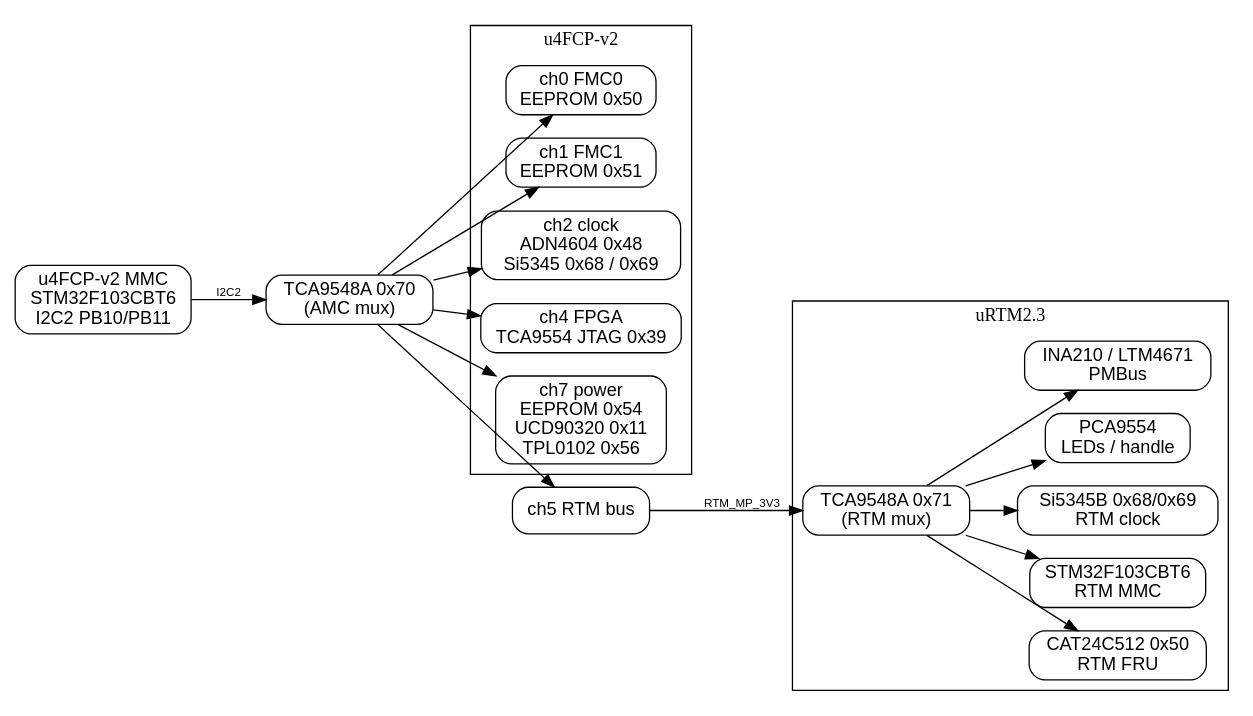
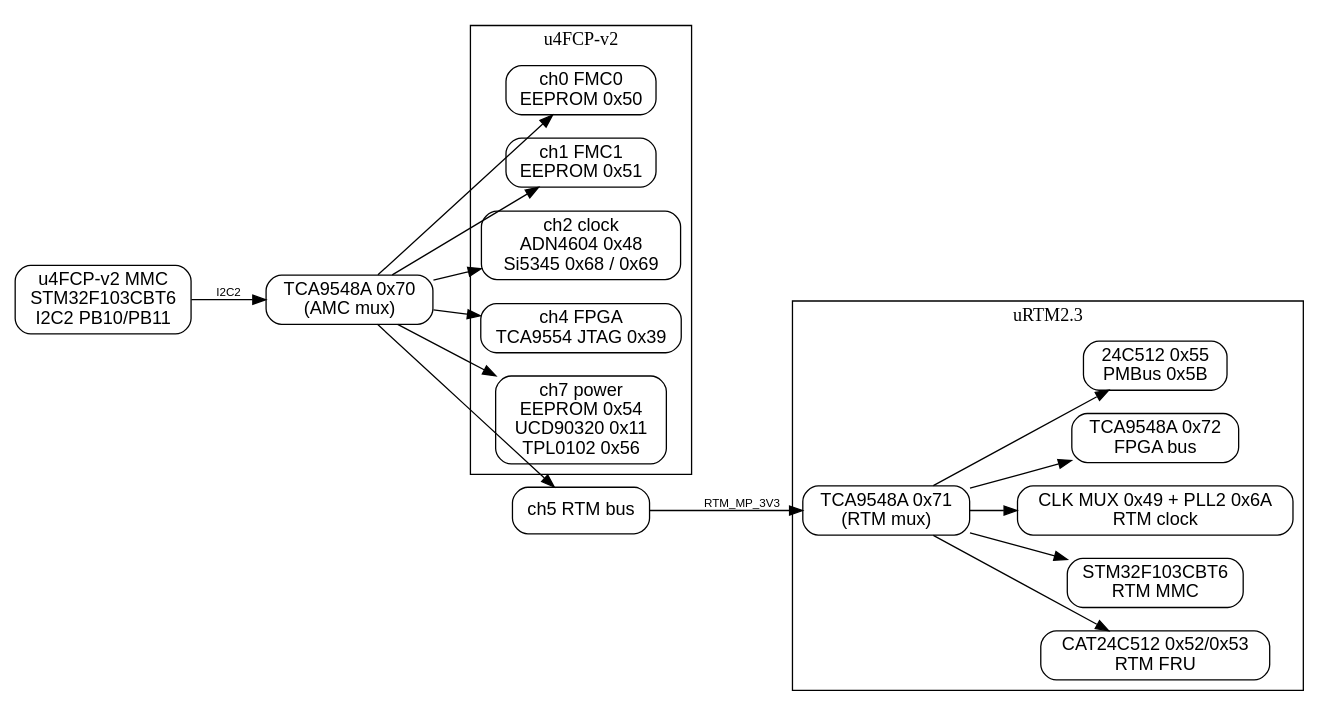
One commit to palzhj/openMMC_uFC changed the diagram in docs/u4fcp-v2-i2c-map.dot. Above: the diagram before and after it, drawn with Graphviz. The commit also changed 2 other files, not shown here.

```diff
--- a/docs/u4fcp-v2-i2c-map.dot
+++ b/docs/u4fcp-v2-i2c-map.dot
@@ -1,34 +1,34 @@
 digraph i2c {
   rankdir=LR; bgcolor="white"; splines=false;
   node [shape=box, style="rounded", fontname="Helvetica"];
   edge [fontname="Helvetica", fontsize=9];
 
   mcu [label="u4FCP-v2 MMC\nSTM32F103CBT6\nI2C2 PB10/PB11"];
   mux [label="TCA9548A 0x70\n(AMC mux)"];
 
   mcu -> mux [label="I2C2"];
 
   subgraph cluster_amc {
     label="u4FCP-v2";
     ch0 [label="ch0 FMC0\nEEPROM 0x50"];
     ch1 [label="ch1 FMC1\nEEPROM 0x51"];
     ch2 [label="ch2 clock\nADN4604 0x48\nSi5345 0x68 / 0x69"];
     ch4 [label="ch4 FPGA\nTCA9554 JTAG 0x39"];
     ch7 [label="ch7 power\nEEPROM 0x54\nUCD90320 0x11\nTPL0102 0x56"];
   }
 
   ch5 [label="ch5 RTM bus"];
   mux -> ch0; mux -> ch1; mux -> ch2; mux -> ch4; mux -> ch7; mux -> ch5;
 
   subgraph cluster_rtm {
     label="uRTM2.3";
     rtmmux [label="TCA9548A 0x71\n(RTM mux)"];
-    fru [label="CAT24C512 0x50\nRTM FRU"];
+    fru [label="CAT24C512 0x52/0x53\nRTM FRU"];
     mmc [label="STM32F103CBT6\nRTM MMC"];
-    pll [label="Si5345B 0x68/0x69\nRTM clock"];
-    io [label="PCA9554\nLEDs / handle"];
-    pwr [label="INA210 / LTM4671\nPMBus"];
+    pll [label="CLK MUX 0x49 + PLL2 0x6A\nRTM clock"];
+    io [label="TCA9548A 0x72\nFPGA bus"];
+    pwr [label="24C512 0x55\nPMBus 0x5B"];
   }
   ch5 -> rtmmux [label="RTM_MP_3V3"];
   rtmmux -> fru; rtmmux -> mmc; rtmmux -> pll; rtmmux -> io; rtmmux -> pwr;
 }
```
